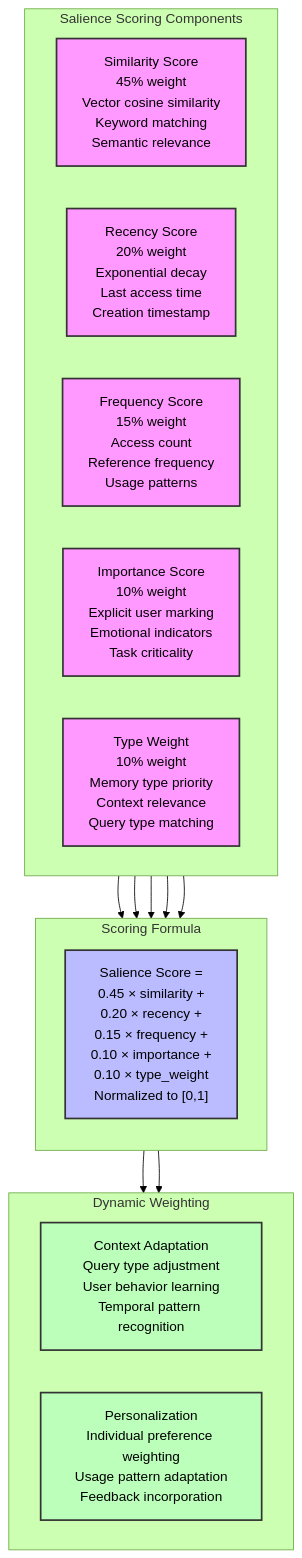
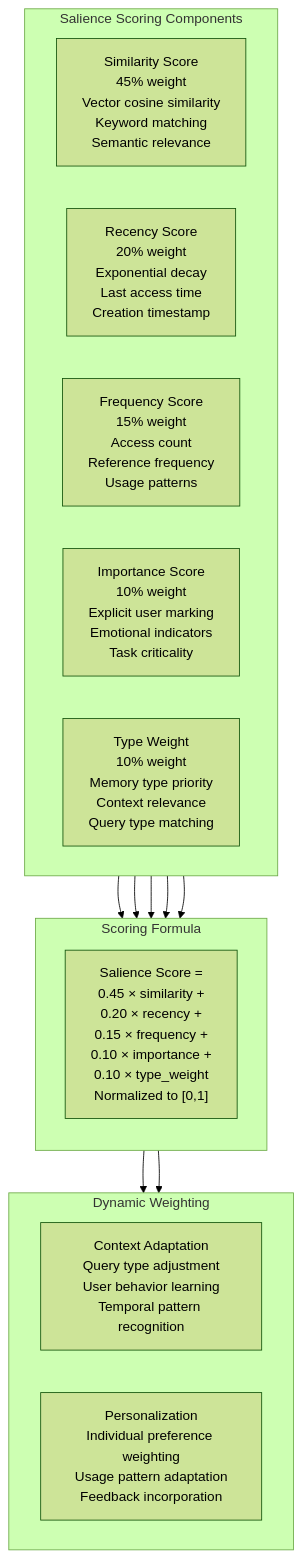
Before and after one commit to Itachi-1824/Jarvis: the tenth of 11 diagrams in HBMA.md, drawn with Mermaid (forest theme).

````diff
--- a/HBMA.md
+++ b/HBMA.md
@@ -922,43 +922,35 @@
 ```mermaid
 graph TD
     subgraph "Salience Scoring Components"
         direction LR
         SIMILARITY["Similarity Score<br>45% weight<br>Vector cosine similarity<br>Keyword matching<br>Semantic relevance"]
         
         RECENCY["Recency Score<br>20% weight<br>Exponential decay<br>Last access time<br>Creation timestamp"]
         
         FREQUENCY["Frequency Score<br>15% weight<br>Access count<br>Reference frequency<br>Usage patterns"]
         
         IMPORTANCE["Importance Score<br>10% weight<br>Explicit user marking<br>Emotional indicators<br>Task criticality"]
         
         TYPE_WEIGHT["Type Weight<br>10% weight<br>Memory type priority<br>Context relevance<br>Query type matching"]
     end
     
     subgraph "Scoring Formula"
         direction TB
         FORMULA["Salience Score =<br>0.45 × similarity +<br>0.20 × recency +<br>0.15 × frequency +<br>0.10 × importance +<br>0.10 × type_weight<br>Normalized to [0,1]"]
     end
     
     subgraph "Dynamic Weighting"
         direction LR
         CONTEXT_ADAPT["Context Adaptation<br>Query type adjustment<br>User behavior learning<br>Temporal pattern recognition"]
         PERSONALIZATION["Personalization<br>Individual preference weighting<br>Usage pattern adaptation<br>Feedback incorporation"]
     end
     
     SIMILARITY --> FORMULA
     RECENCY --> FORMULA
     FREQUENCY --> FORMULA
     IMPORTANCE --> FORMULA
     TYPE_WEIGHT --> FORMULA
     
     FORMULA --> CONTEXT_ADAPT
     FORMULA --> PERSONALIZATION
-    
-    classDef component fill:#f9f,stroke:#333,stroke-width:2px;
-    classDef formula fill:#bbf,stroke:#333,stroke-width:2px;
-    classDef dynamic fill:#bfb,stroke:#333,stroke-width:2px;
-    
-    class SIMILARITY,RECENCY,FREQUENCY,IMPORTANCE,TYPE_WEIGHT component;
-    class FORMULA formula;
-    class CONTEXT_ADAPT,PERSONALIZATION dynamic;
 ```
````
